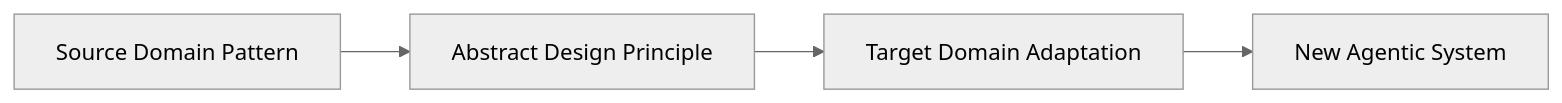
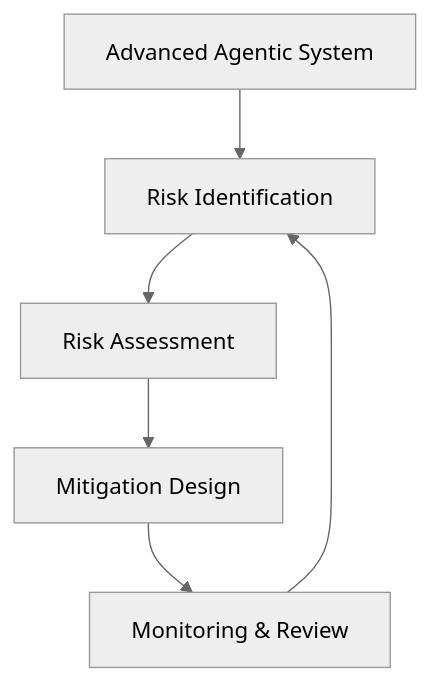
One commit to m-rizqinovniari/agentic-handbook changed the fifth of 5 diagrams in docusaurus/docs/part-4/chapter-13.md. Above: the diagram before and after it, drawn with Mermaid (neutral theme). The commit also changed other lines of this file and 19 other files, not shown here.

````diff
--- a/docusaurus/docs/part-4/chapter-13.md
+++ b/docusaurus/docs/part-4/chapter-13.md
@@ -289,6 +292,8 @@
 ```mermaid
-flowchart LR
-    A[Source Domain Pattern] --> B[Abstract Design Principle]
-    B --> C[Target Domain Adaptation]
-    C --> D[New Agentic System]
+flowchart TD
+    A[Advanced Agentic System] --> B[Risk Identification]
+    B --> C[Risk Assessment]
+    C --> D[Mitigation Design]
+    D --> E[Monitoring & Review]
+    E --> B
 ```
````
